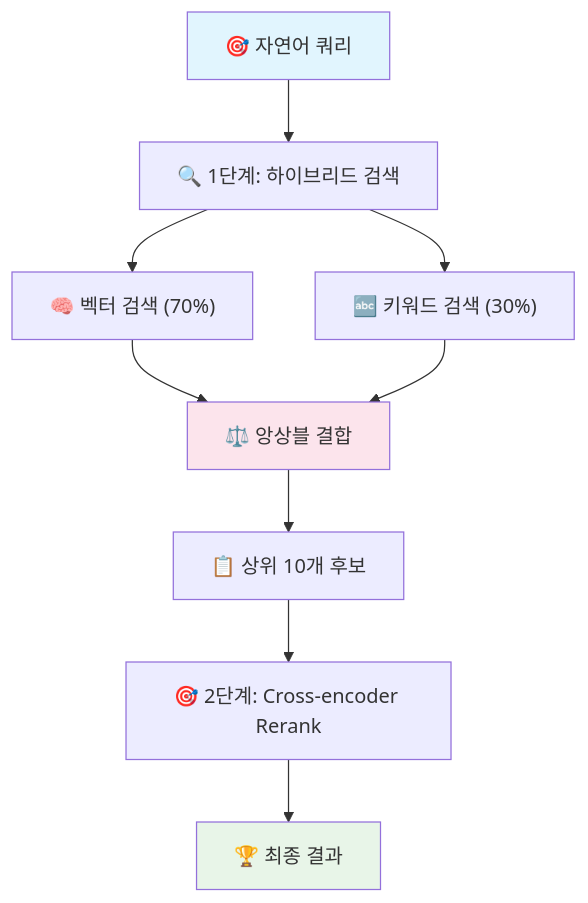
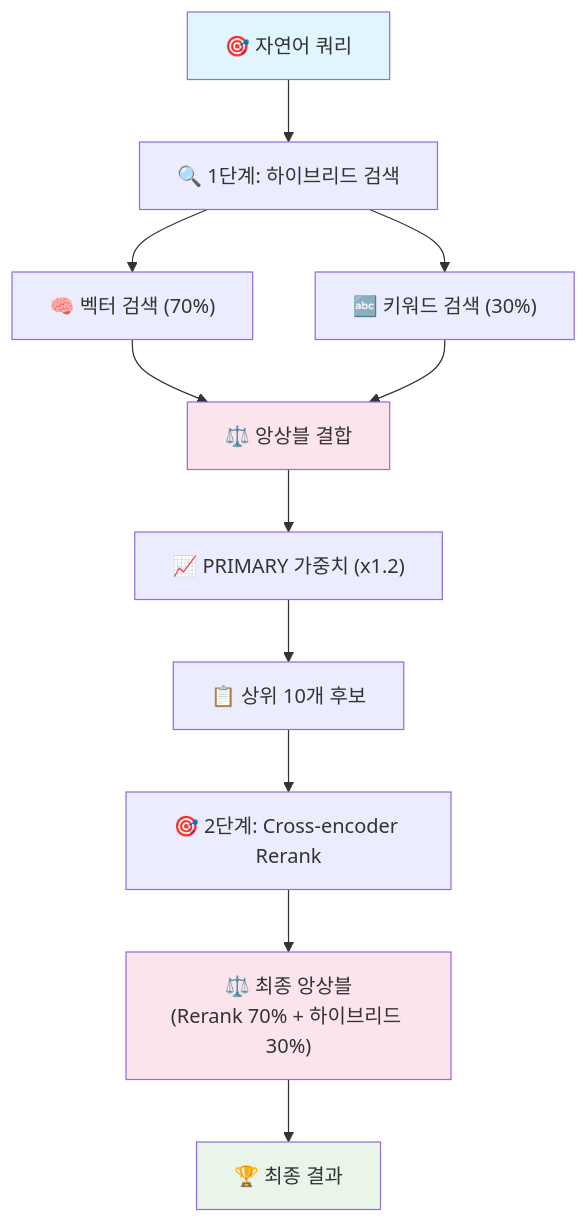
One commit to junsung9889/menuSearch changed the diagram in README.md. Above: the diagram before and after it, drawn with Mermaid. The commit also changed other lines of this file, not shown here.

````diff
--- a/README.md
+++ b/README.md
@@ -14,15 +15,18 @@
 ```mermaid
 graph TD
     A["🎯 자연어 쿼리"] --> B["🔍 1단계: 하이브리드 검색"]
     B --> B1["🧠 벡터 검색 (70%)"]
     B --> B2["🔤 키워드 검색 (30%)"]
     B1 --> C["⚖️ 앙상블 결합"]
     B2 --> C
-    C --> D["📋 상위 10개 후보"]
-    D --> E["🎯 2단계: Cross-encoder Rerank"]
-    E --> F["🏆 최종 결과"]
+    C --> D["📈 PRIMARY 가중치 (x1.2)"]
+    D --> E["📋 상위 10개 후보"]
+    E --> F["🎯 2단계: Cross-encoder Rerank"]
+    F --> G["⚖️ 최종 앙상블<br/>(Rerank 70% + 하이브리드 30%)"]
+    G --> H["🏆 최종 결과"]
     
     style A fill:#e1f5fe
     style C fill:#fce4ec
-    style F fill:#e8f5e8
+    style G fill:#fce4ec
+    style H fill:#e8f5e8
 ```
````
